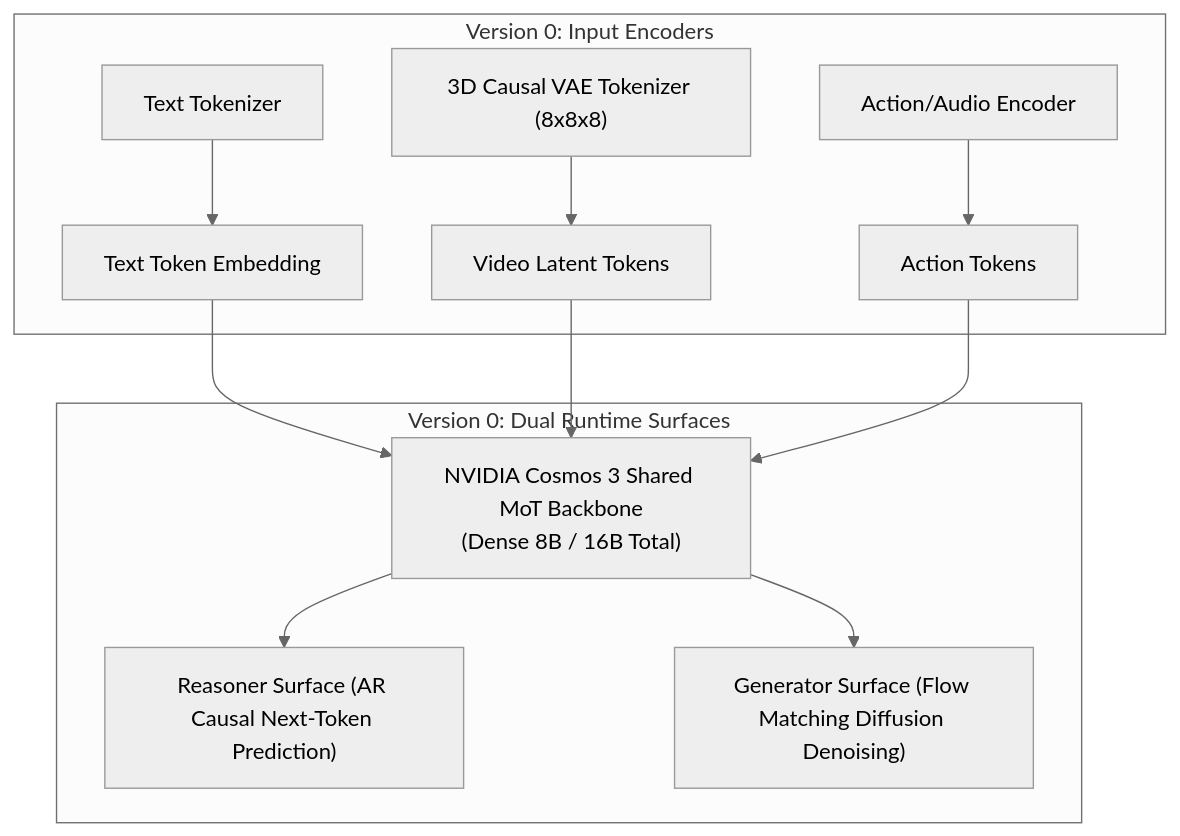
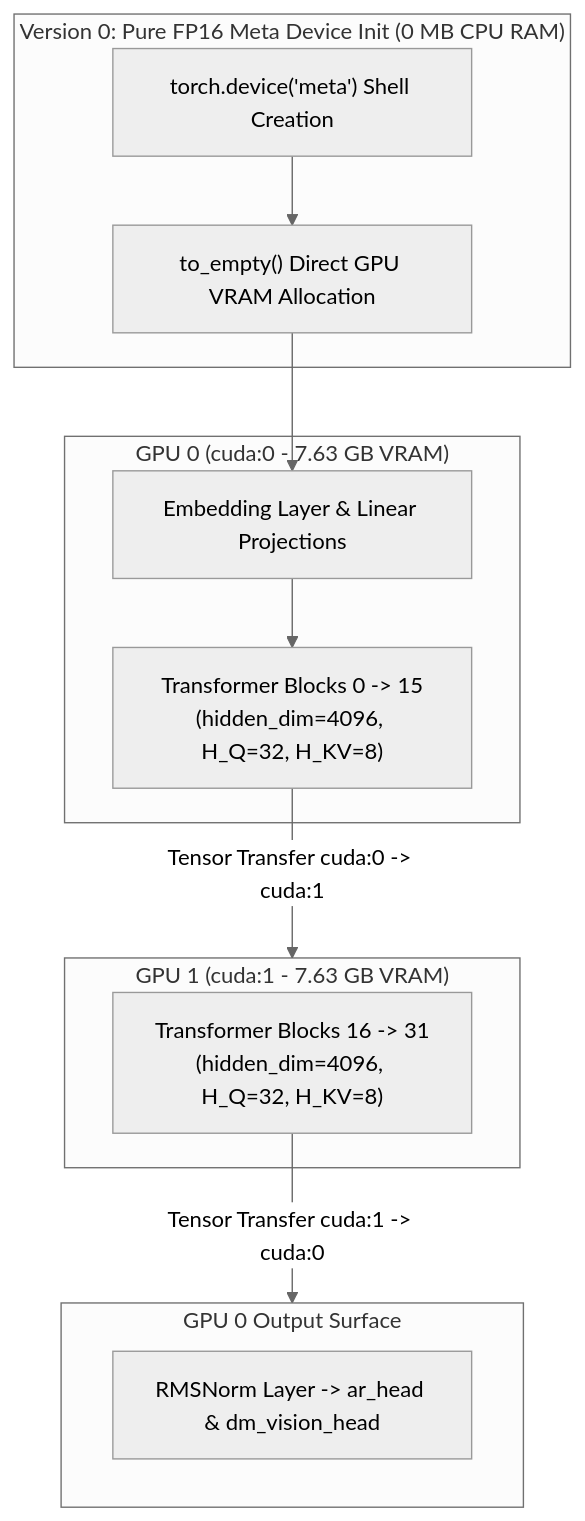
One commit to datascience180806/mini_cosmos changed the first of 9 diagrams in VERSION_COMPARISON.md. Above: the diagram before and after it, drawn with Mermaid (neutral theme). The commit also changed other lines of this file, not shown here.

Commit message:
Update Version 0 real benchmark metrics (7.24B Dense Backbone Meta Shell on Dual T4 GPUs: 7.63GB VRAM, 90.53ms, 22.09fps)

````diff
--- a/VERSION_COMPARISON.md
+++ b/VERSION_COMPARISON.md
@@ -82,17 +86,23 @@
 ```mermaid
 flowchart TD
-    subgraph V0_INPUTS["Version 0: Input Encoders"]
-        V0_TEXT["Text Tokenizer"] --> V0_EMB["Text Token Embedding"]
-        V0_VIDEO["3D Causal VAE Tokenizer (8x8x8)"] --> V0_LATENT["Video Latent Tokens"]
-        V0_ACT["Action/Audio Encoder"] --> V0_ACT_TOK["Action Tokens"]
+    subgraph V0_INIT["Version 0: Pure FP16 Meta Device Init (0 MB CPU RAM)"]
+        V0_META["torch.device('meta') Shell Creation"] --> V0_ALLOC["to_empty() Direct GPU VRAM Allocation"]
     end
 
-    V0_EMB --> V0_MOT["NVIDIA Cosmos 3 Shared MoT Backbone\n(Dense 8B / 16B Total)"]
-    V0_LATENT --> V0_MOT
-    V0_ACT_TOK --> V0_MOT
+    subgraph V0_GPU0["GPU 0 (cuda:0 - 7.63 GB VRAM)"]
+        V0_ALLOC --> V0_EMB0["Embedding Layer & Linear Projections"]
+        V0_EMB0 --> V0_BLK0["Transformer Blocks 0 -> 15\n(hidden_dim=4096, H_Q=32, H_KV=8)"]
+    end
 
-    subgraph V0_SURFACES["Version 0: Dual Runtime Surfaces"]
-        V0_MOT --> V0_REASONER["Reasoner Surface (AR Causal Next-Token Prediction)"]
-        V0_MOT --> V0_GENERATOR["Generator Surface (Flow Matching Diffusion Denoising)"]
+    V0_BLK0 --> |Tensor Transfer cuda:0 -> cuda:1| V0_GPU1
+
+    subgraph V0_GPU1["GPU 1 (cuda:1 - 7.63 GB VRAM)"]
+        V0_GPU1_BLK["Transformer Blocks 16 -> 31\n(hidden_dim=4096, H_Q=32, H_KV=8)"]
+    end
+
+    V0_GPU1_BLK --> |Tensor Transfer cuda:1 -> cuda:0| V0_HEADS
+
+    subgraph V0_HEADS["GPU 0 Output Surface"]
+        V0_HEADS_RUN["RMSNorm Layer -> ar_head & dm_vision_head"]
     end
 ```
````
